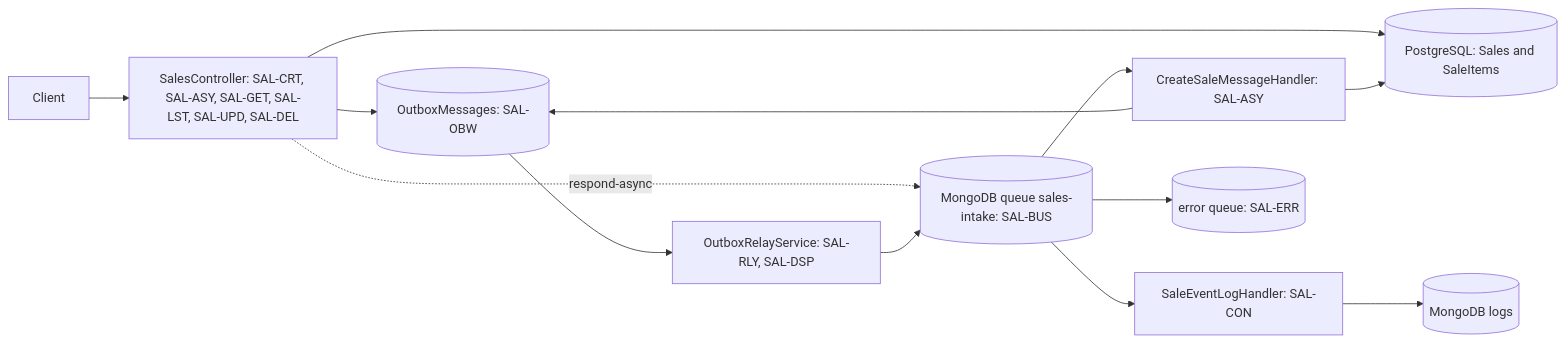
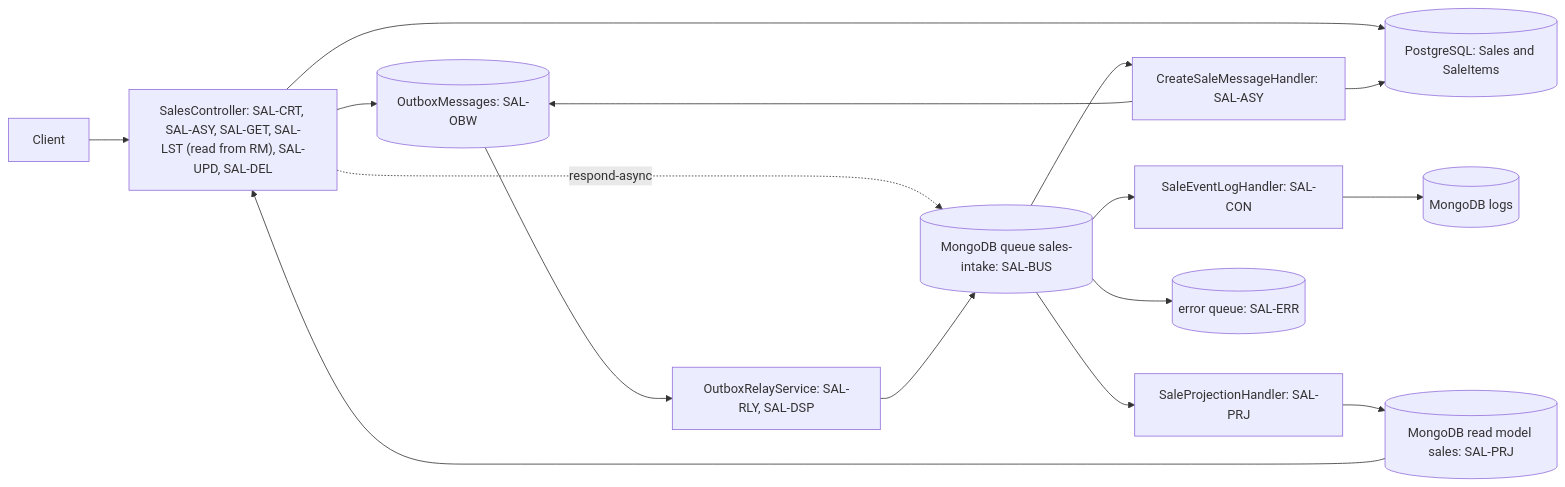
One commit to idg2/mouts-backend-challenge changed the second of 22 diagrams in backend/docs/sales.md. Above: the diagram before and after it, drawn with Mermaid. The commit also changed other lines of this file and 49 other files, not shown here.

Commit message:
feat: serve sale reads from a MongoDB read model fed by the outbox events

````diff
--- a/backend/docs/sales.md
+++ b/backend/docs/sales.md
@@ -74,23 +76,27 @@
 ```mermaid
 flowchart LR
   CLIENT["Client"]
-  API["SalesController: SAL-CRT, SAL-ASY, SAL-GET, SAL-LST, SAL-UPD, SAL-DEL"]
+  API["SalesController: SAL-CRT, SAL-ASY, SAL-GET, SAL-LST (read from RM), SAL-UPD, SAL-DEL"]
   PG[("PostgreSQL: Sales and SaleItems")]
   OUT[("OutboxMessages: SAL-OBW")]
   RLY["OutboxRelayService: SAL-RLY, SAL-DSP"]
   Q[("MongoDB queue sales-intake: SAL-BUS")]
   CSH["CreateSaleMessageHandler: SAL-ASY"]
   LOGH["SaleEventLogHandler: SAL-CON"]
+  PRJH["SaleProjectionHandler: SAL-PRJ"]
+  RM[("MongoDB read model sales: SAL-PRJ")]
   LOGS[("MongoDB logs")]
   ERRQ[("error queue: SAL-ERR")]
   CLIENT --> API
   API --> PG
   API --> OUT
   API -.->|"respond-async"| Q
   OUT --> RLY --> Q
   Q --> CSH
   CSH --> PG
   CSH --> OUT
   Q --> LOGH --> LOGS
+  Q --> PRJH --> RM
+  RM --> API
   Q --> ERRQ
 ```
````
